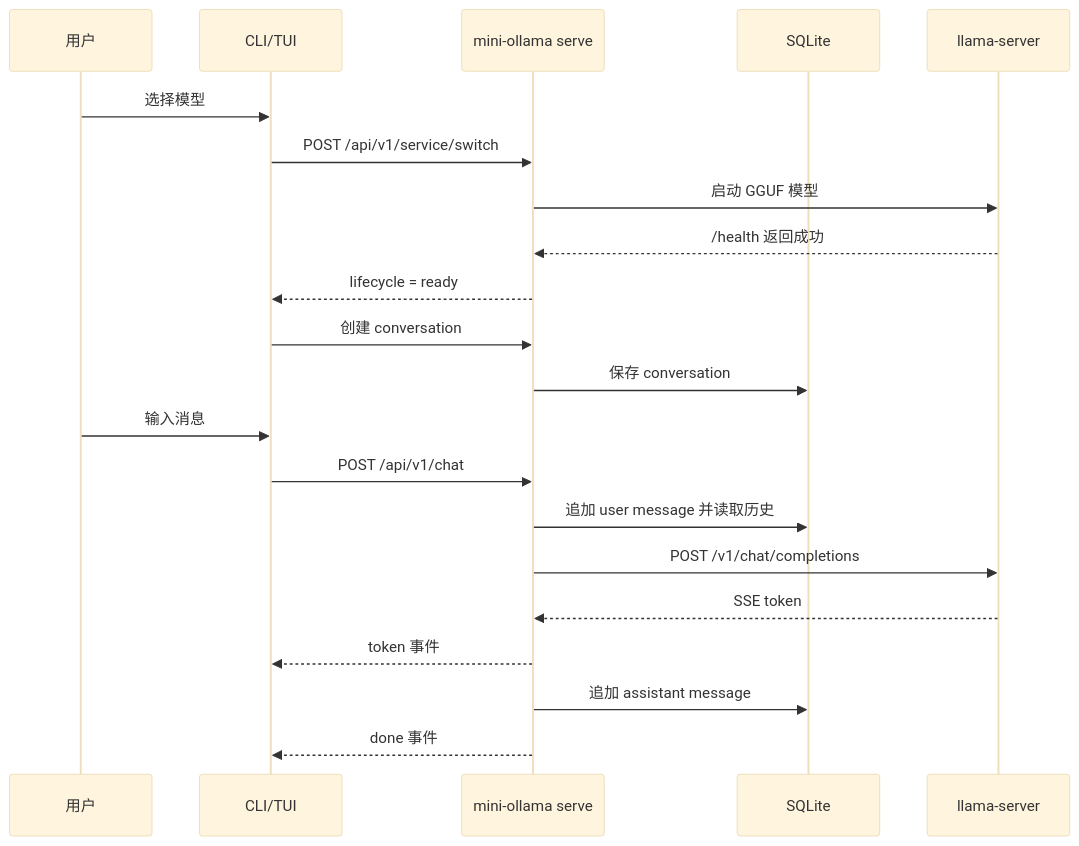
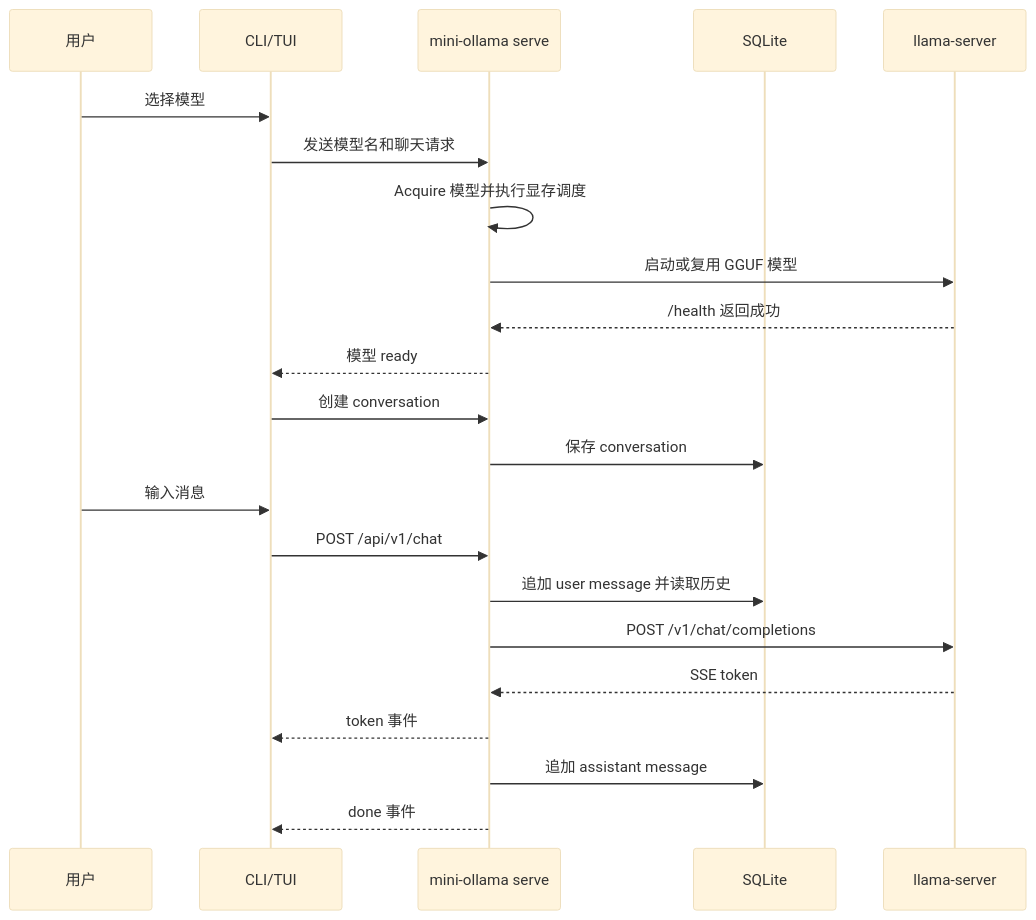
The second of 2 diagrams in README.md (LulietLyan/mini-ollama), drawn with Mermaid (base theme) before and after one commit. The commit also changed other lines of this file, not shown here.

````diff
--- a/README.md
+++ b/README.md
@@ -108,25 +112,26 @@
 ```mermaid
 sequenceDiagram
     participant User as 用户
     participant Client as CLI/TUI
     participant Mini as mini-ollama serve
     participant DB as SQLite
     participant Llama as llama-server
 
     User->>Client: 选择模型
-    Client->>Mini: POST /api/v1/service/switch
-    Mini->>Llama: 启动 GGUF 模型
+    Client->>Mini: 发送模型名和聊天请求
+    Mini->>Mini: Acquire 模型并执行显存调度
+    Mini->>Llama: 启动或复用 GGUF 模型
     Llama-->>Mini: /health 返回成功
-    Mini-->>Client: lifecycle = ready
+    Mini-->>Client: 模型 ready
 
     Client->>Mini: 创建 conversation
     Mini->>DB: 保存 conversation
     User->>Client: 输入消息
     Client->>Mini: POST /api/v1/chat
     Mini->>DB: 追加 user message 并读取历史
     Mini->>Llama: POST /v1/chat/completions
     Llama-->>Mini: SSE token
     Mini-->>Client: token 事件
     Mini->>DB: 追加 assistant message
     Mini-->>Client: done 事件
 ```
````
